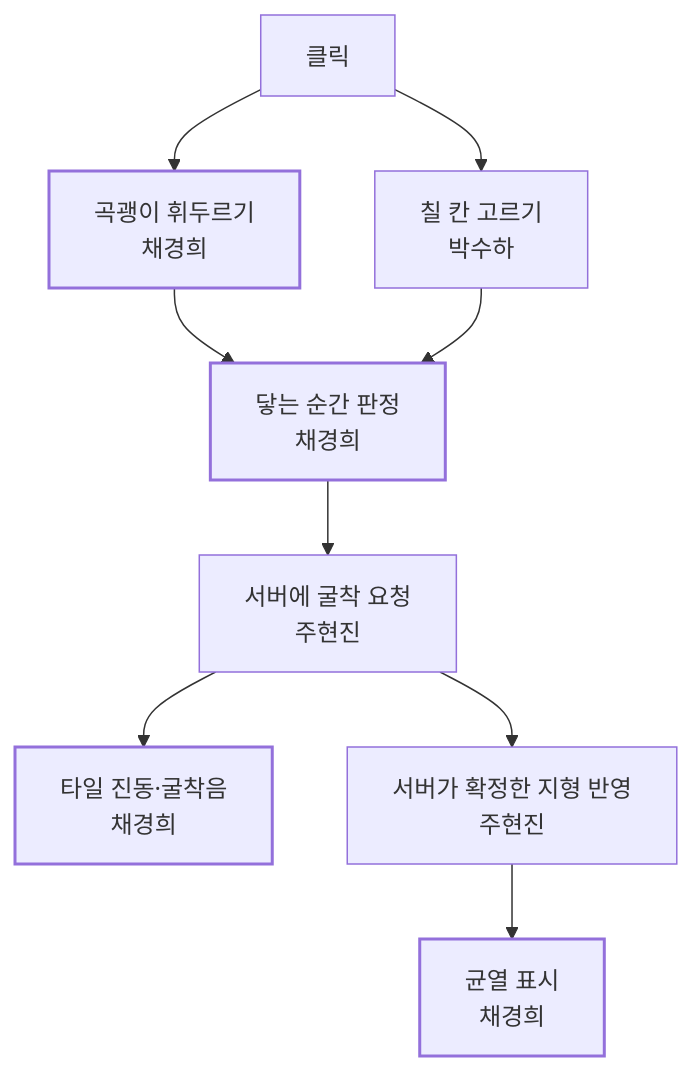
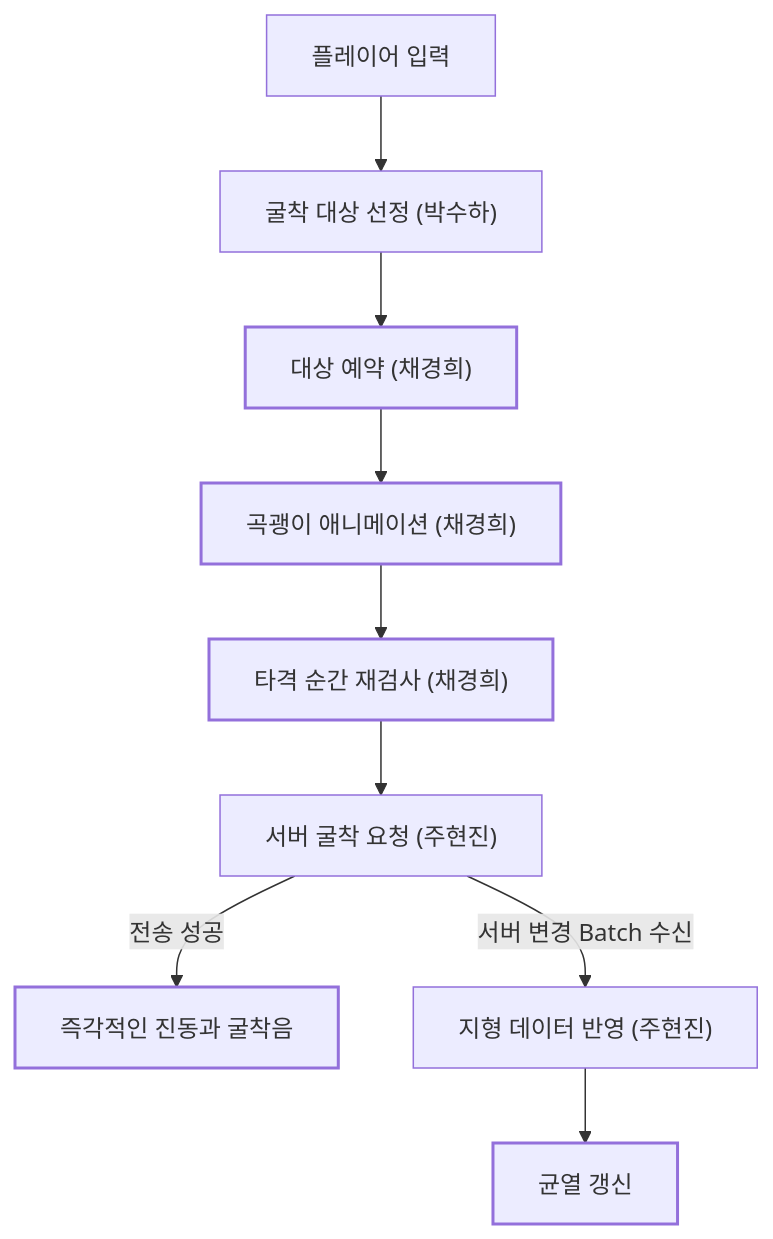
The second of 3 diagrams in src/1-folk-sack/기술문서.md (ashadeveloperr/ashadeveloperr.github.io), drawn with Mermaid before and after one commit. The commit also changed other lines of this file, not shown here.

````diff
--- a/src/1-folk-sack/기술문서.md
+++ b/src/1-folk-sack/기술문서.md
@@ -137,14 +95,13 @@
 ```mermaid
 flowchart TB
-  %% simple — 작은 설명 도표: 상세 문서에서 원문·크게 보기 줄을 숨김
-  A["클릭"] --> B["곡괭이 휘두르기<br/>채경희"]
-  A --> C["칠 칸 고르기<br/>박수하"]
-  B --> D["닿는 순간 판정<br/>채경희"]
-  C --> D
-  D --> E["서버에 굴착 요청<br/>주현진"]
-  E --> F["타일 진동·굴착음<br/>채경희"]
-  E --> G["서버가 확정한 지형 반영<br/>주현진"]
-  G --> H["균열 표시<br/>채경희"]
-  classDef key stroke-width:2px
-  class B,D,F,H key
+  A[플레이어 입력] --> B["굴착 대상 선정 (박수하)"]
+  B --> C["대상 예약 (채경희)"]
+  C --> D["곡괭이 애니메이션 (채경희)"]
+  D --> E["타격 순간 재검사 (채경희)"]
+  E --> F["서버 굴착 요청 (주현진)"]
+  F -->|전송 성공| G[즉각적인 진동과 굴착음]
+  F -->|서버 변경 Batch 수신| H["지형 데이터 반영 (주현진)"]
+  H --> I[균열 갱신]
+  classDef mine stroke-width:2px
+  class C,D,E,G,I mine
 ```
````
